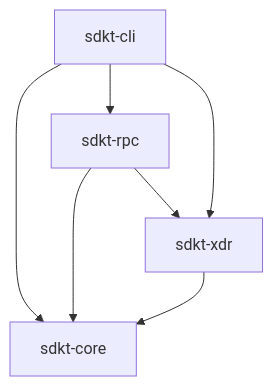
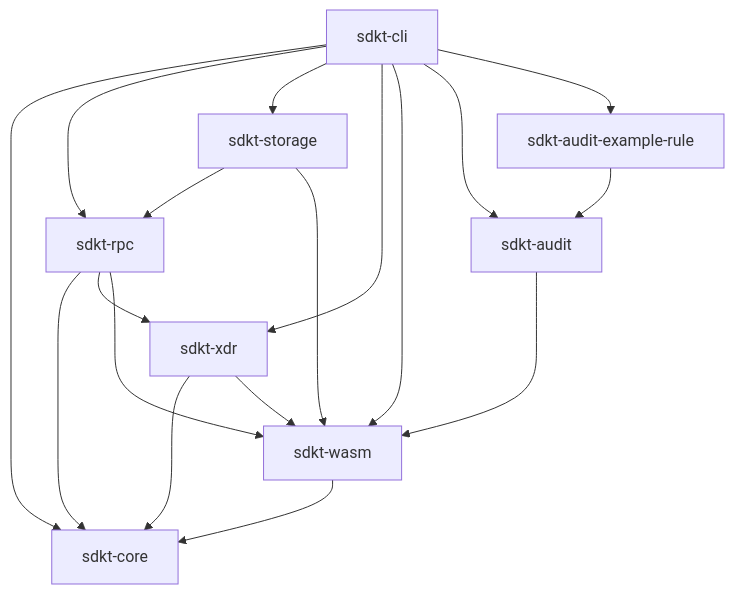
The diagram in docs/architecture.md (SaboLabs/soroban-devkit), drawn with Mermaid before and after one commit. The commit also changed other lines of this file and 9 other files, not shown here.

````diff
--- a/docs/architecture.md
+++ b/docs/architecture.md
@@ -8,11 +15,29 @@
 ```mermaid
 graph TD
-    A[sdkt-cli] --> B[sdkt-core]
-    A --> C[sdkt-rpc]
-    A --> D[sdkt-xdr]
-    
-    C --> B
-    C --> D
-    
-    D --> B
+    CORE[sdkt-core]
+    XDR[sdkt-xdr]
+    WASM[sdkt-wasm]
+    RPC[sdkt-rpc]
+    STORAGE[sdkt-storage]
+    AUDIT[sdkt-audit]
+    EXAMPLE[sdkt-audit-example-rule]
+    CLI[sdkt-cli]
+
+    XDR --> CORE
+    XDR --> WASM
+    WASM --> CORE
+    RPC --> CORE
+    RPC --> XDR
+    RPC --> WASM
+    STORAGE --> RPC
+    STORAGE --> WASM
+    AUDIT --> WASM
+    EXAMPLE --> AUDIT
+    CLI --> CORE
+    CLI --> RPC
+    CLI --> STORAGE
+    CLI --> XDR
+    CLI --> WASM
+    CLI --> AUDIT
+    CLI --> EXAMPLE
 ```
````
